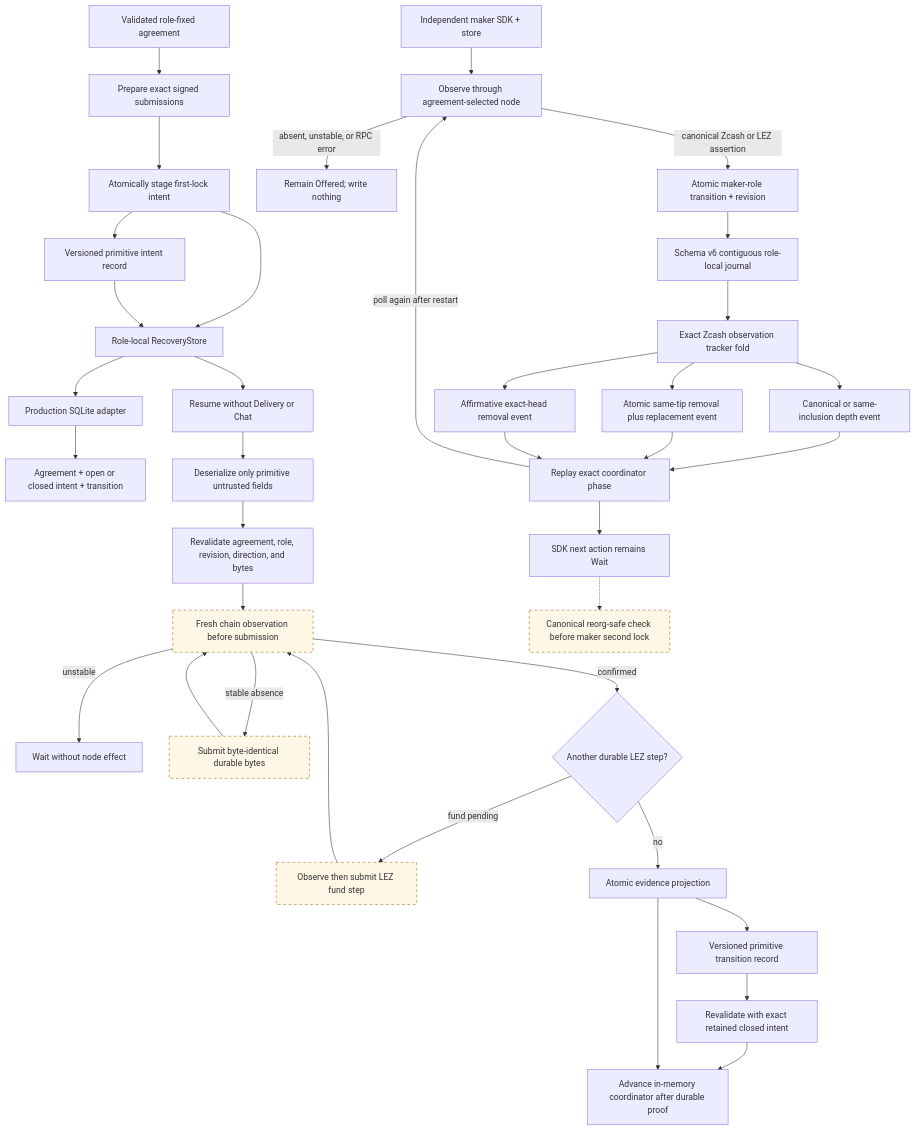
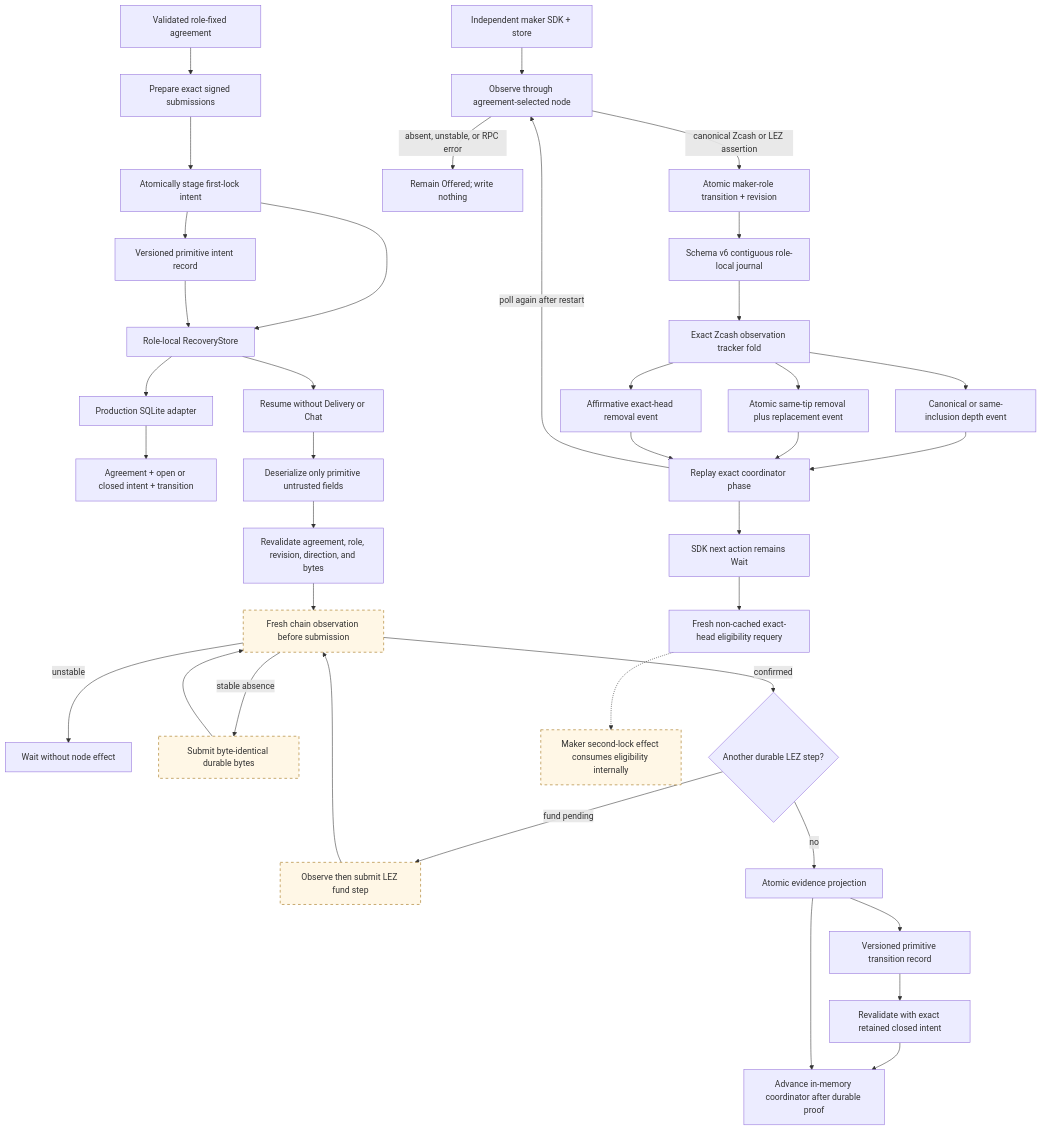
One commit to gateway-fm/lez-atomic-swaps changed the diagram in docs/architecture/0017-crash-safe-first-lock-intent.md. Above: the diagram before and after it, drawn with Mermaid. The commit also changed other lines of this file and 14 other files, not shown here.

Commit message:
feat: require fresh maker funding eligibility

````diff
--- a/docs/architecture/0017-crash-safe-first-lock-intent.md
+++ b/docs/architecture/0017-crash-safe-first-lock-intent.md
@@ -7,43 +7,44 @@
 ```mermaid
 flowchart TB
     Accepted["Validated role-fixed agreement"] --> Prepare["Prepare exact signed submissions"]
     Prepare --> Stage["Atomically stage first-lock intent"]
     Stage --> Durable["Role-local RecoveryStore"]
     Stage --> Encode["Versioned primitive intent record"]
     Encode --> Durable
     Durable --> SQLite["Production SQLite adapter"]
     SQLite --> Tables["Agreement + open or closed intent + transition"]
     Durable --> Restart["Resume without Delivery or Chat"]
     Restart --> Decode["Deserialize only primitive untrusted fields"]
     Decode --> Revalidate["Revalidate agreement, role, revision, direction, and bytes"]
     Revalidate --> Observe["Fresh chain observation before submission"]
     Observe -->|"unstable"| Wait["Wait without node effect"]
     Observe -->|"stable absence"| Submit["Submit byte-identical durable bytes"]
     Submit --> Observe
     Observe -->|"confirmed"| Next{"Another durable LEZ step?"}
     Next -->|"fund pending"| Fund["Observe then submit LEZ fund step"]
     Fund --> Observe
     Next -->|"no"| Projection["Atomic evidence projection"]
     Projection --> Transition["Versioned primitive transition record"]
     Transition --> ClosedIntent["Revalidate with exact retained closed intent"]
     ClosedIntent --> Core
     Projection --> Core["Advance in-memory coordinator after durable proof"]
 
     Maker["Independent maker SDK + store"] --> MakerObserve["Observe through agreement-selected node"]
     MakerObserve -->|"absent, unstable, or RPC error"| MakerWait["Remain Offered; write nothing"]
     MakerObserve -->|"canonical Zcash or LEZ assertion"| MakerProjection["Atomic maker-role transition + revision"]
     MakerProjection --> Journal["Schema v6 contiguous role-local journal"]
     Journal --> Tracker["Exact Zcash observation tracker fold"]
     Tracker --> Canonical["Canonical or same-inclusion depth event"]
     Tracker --> Replaced["Atomic same-tip removal plus replacement event"]
     Tracker --> Removed["Affirmative exact-head removal event"]
     Canonical --> MakerCore["Replay exact coordinator phase"]
     Replaced --> MakerCore
     Removed --> MakerCore
     MakerCore -->|"poll again after restart"| MakerObserve
     MakerCore --> Gate["SDK next action remains Wait"]
-    Gate -.-> Fresh["Canonical reorg-safe check before maker second lock"]
+    Gate --> Fresh["Fresh non-cached exact-head eligibility requery"]
+    Fresh -.-> MakerEffect["Maker second-lock effect consumes eligibility internally"]
 
     classDef planned stroke-dasharray: 5 5,fill:#fff7e6,stroke:#9a6700;
-    class Observe,Submit,Fund,Fresh planned;
+    class Observe,Submit,Fund,MakerEffect planned;
 ```
````
